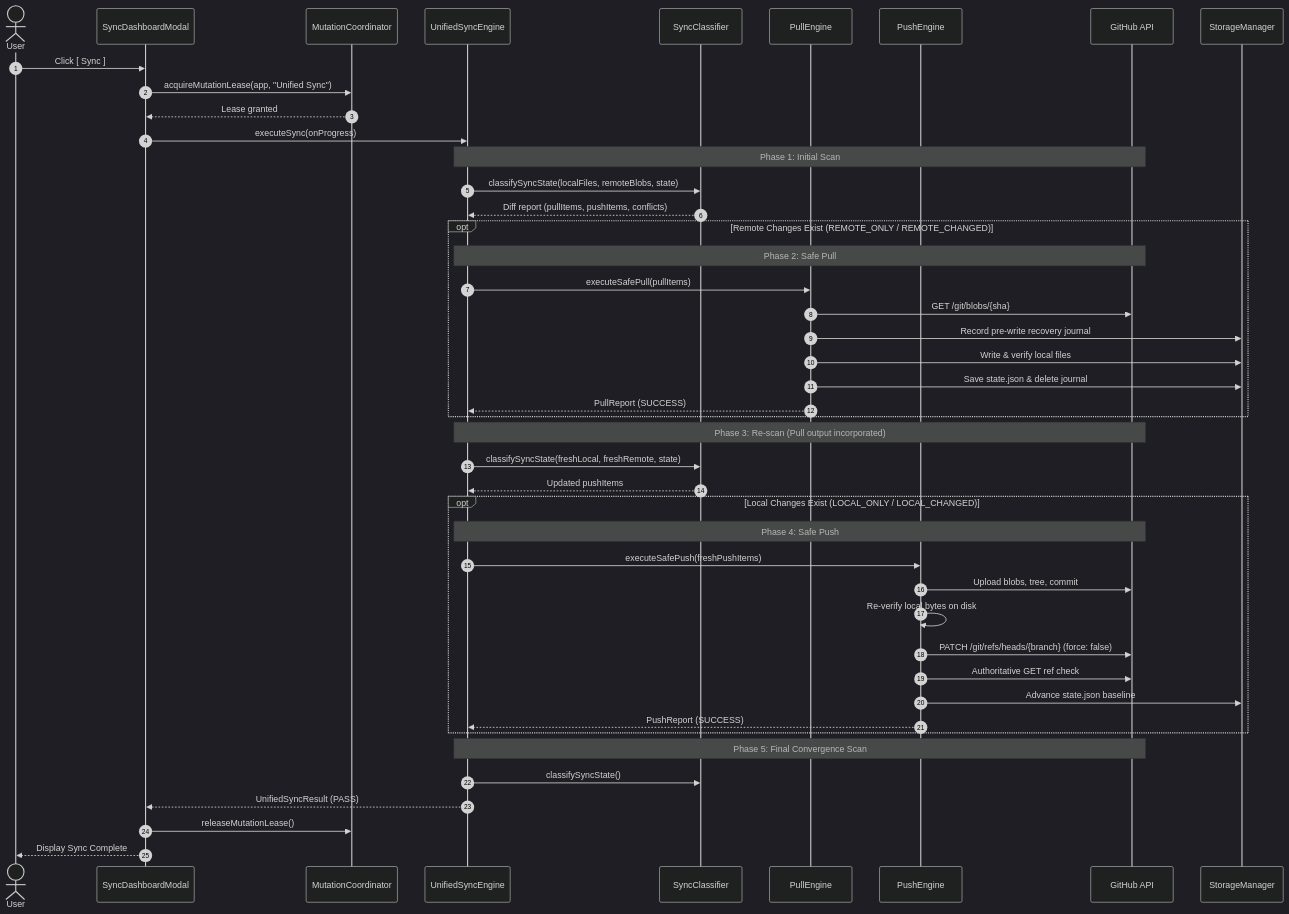
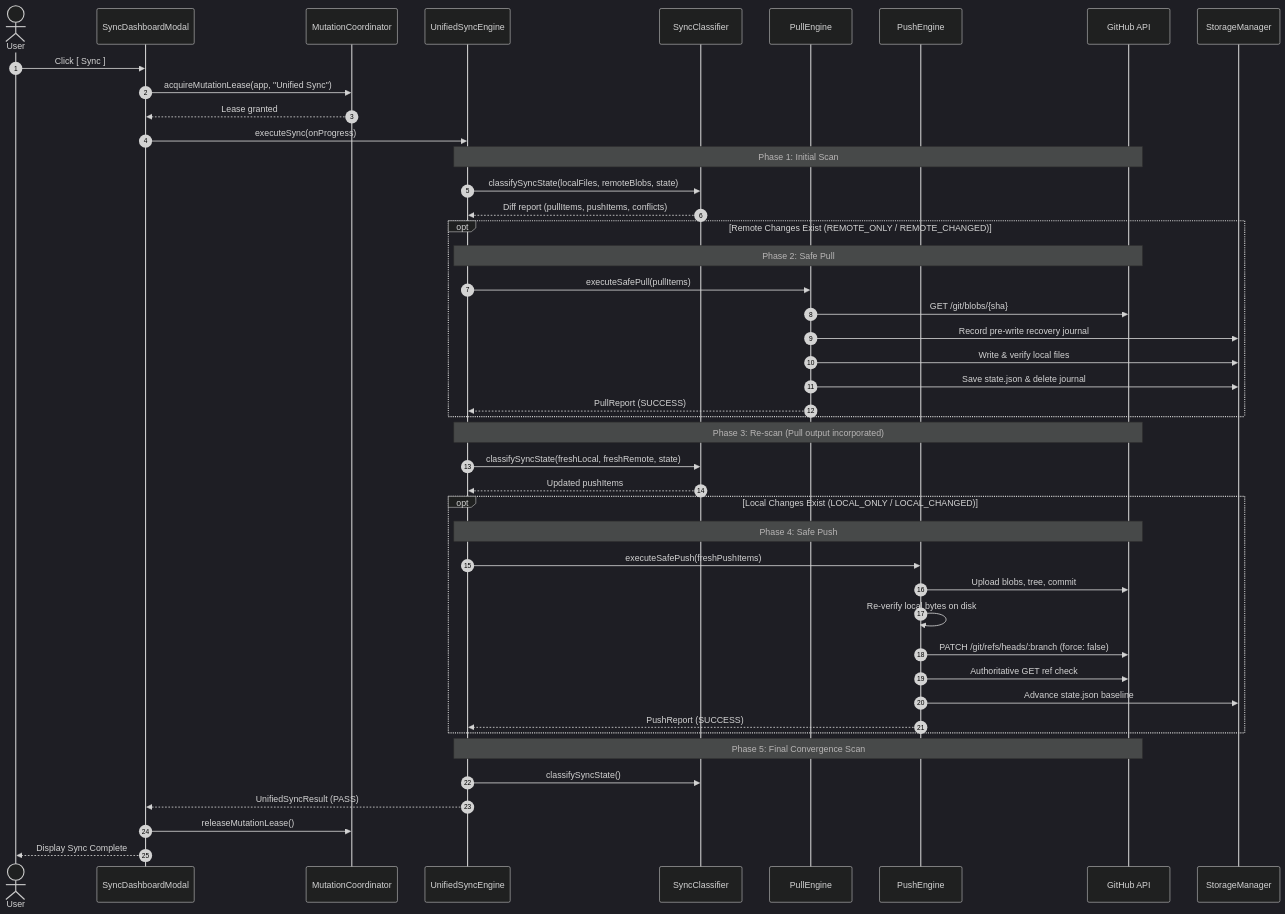
Before and after one commit to ankhang0704/github-vault-relay: the third of 6 diagrams in docs/ARCHITECTURE.md, drawn with Mermaid (dark theme). The commit also changed other lines of this file, not shown here.

Commit message:
docs(architecture): fix Mermaid flowchart syntax and edge quotes in architecture doc

````diff
--- a/docs/ARCHITECTURE.md
+++ b/docs/ARCHITECTURE.md
@@ -82,53 +82,53 @@
 ```mermaid
 sequenceDiagram
     autonumber
     actor User
     participant UI as SyncDashboardModal
     participant Lease as MutationCoordinator
     participant Sync as UnifiedSyncEngine
     participant Class as SyncClassifier
     participant Pull as PullEngine
     participant Push as PushEngine
     participant GitHub as GitHub API
     participant Store as StorageManager
 
     User->>UI: Click [ Sync ]
     UI->>Lease: acquireMutationLease(app, "Unified Sync")
     Lease-->>UI: Lease granted
     UI->>Sync: executeSync(onProgress)
 
     Note over Sync,GitHub: Phase 1: Initial Scan
     Sync->>Class: classifySyncState(localFiles, remoteBlobs, state)
     Class-->>Sync: Diff report (pullItems, pushItems, conflicts)
 
     opt Remote Changes Exist (REMOTE_ONLY / REMOTE_CHANGED)
         Note over Sync,GitHub: Phase 2: Safe Pull
         Sync->>Pull: executeSafePull(pullItems)
         Pull->>GitHub: GET /git/blobs/{sha}
         Pull->>Store: Record pre-write recovery journal
         Pull->>Store: Write & verify local files
         Pull->>Store: Save state.json & delete journal
         Pull-->>Sync: PullReport (SUCCESS)
     end
 
     Note over Sync,GitHub: Phase 3: Re-scan (Pull output incorporated)
     Sync->>Class: classifySyncState(freshLocal, freshRemote, state)
     Class-->>Sync: Updated pushItems
 
     opt Local Changes Exist (LOCAL_ONLY / LOCAL_CHANGED)
         Note over Sync,GitHub: Phase 4: Safe Push
         Sync->>Push: executeSafePush(freshPushItems)
         Push->>GitHub: Upload blobs, tree, commit
         Push->>Push: Re-verify local bytes on disk
-        Push->>GitHub: PATCH /git/refs/heads/{branch} (force: false)
+        Push->>GitHub: PATCH /git/refs/heads/:branch (force: false)
         Push->>GitHub: Authoritative GET ref check
         Push->>Store: Advance state.json baseline
         Push-->>Sync: PushReport (SUCCESS)
     end
 
     Note over Sync,GitHub: Phase 5: Final Convergence Scan
     Sync->>Class: classifySyncState()
     Sync-->>UI: UnifiedSyncResult (PASS)
     UI->>Lease: releaseMutationLease()
     UI-->>User: Display Sync Complete
 ```
````
